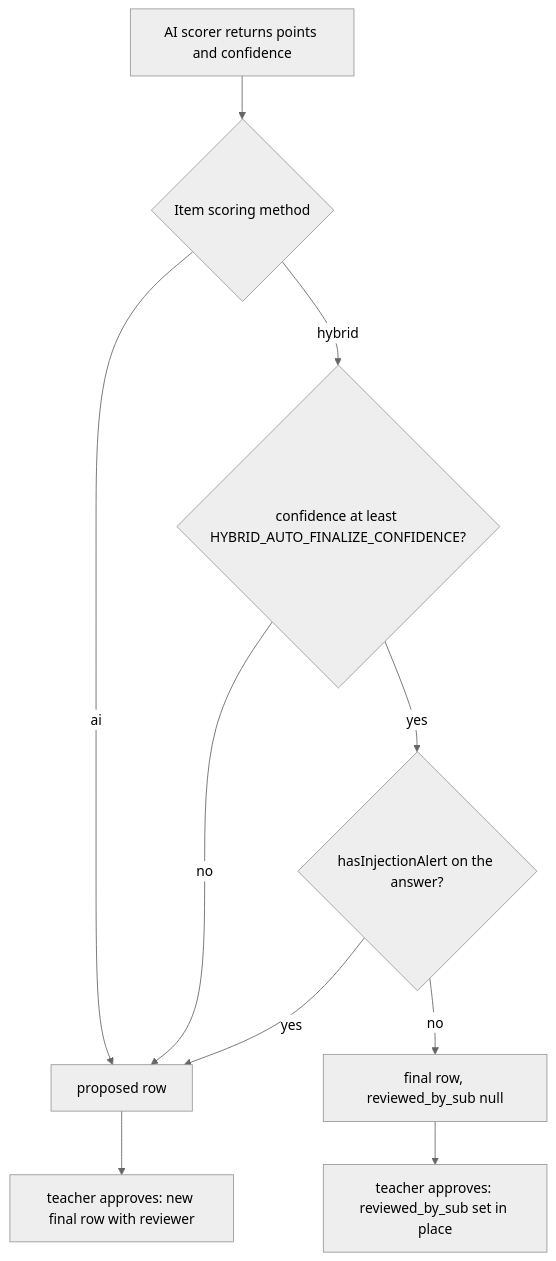
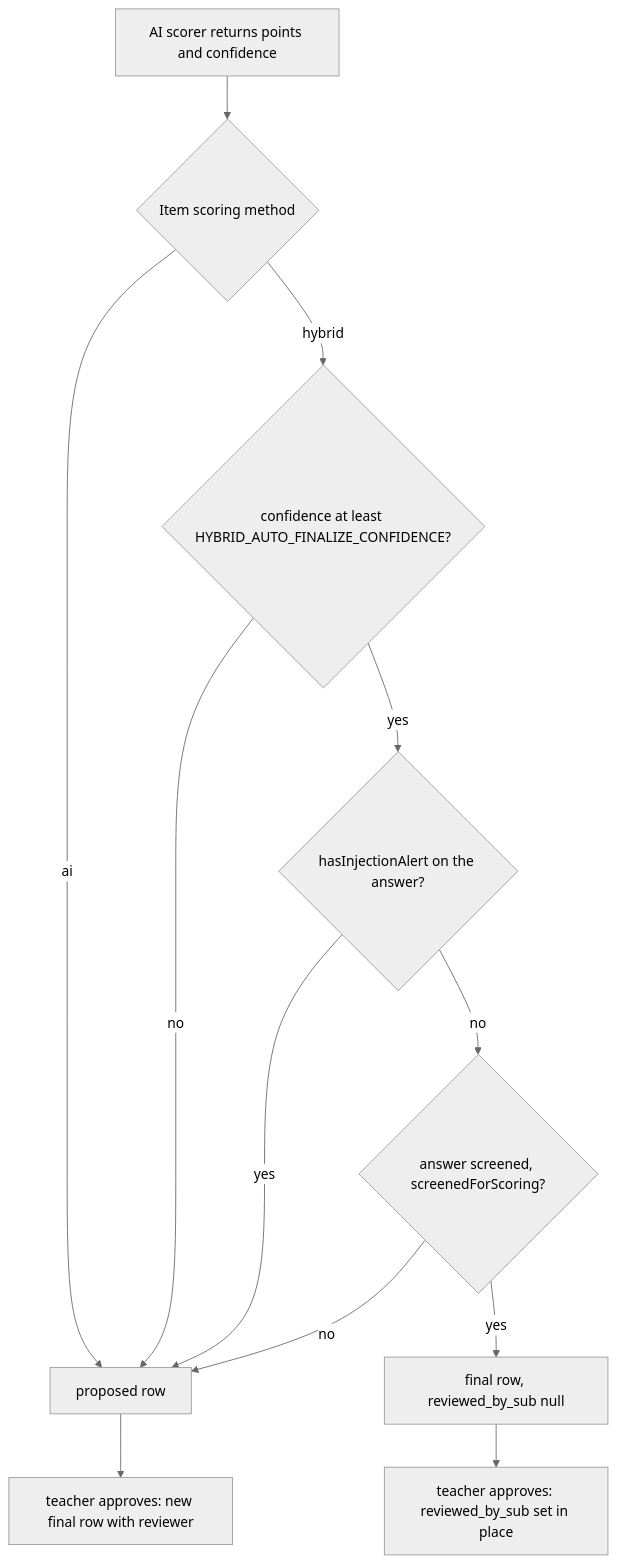
Before and after one commit to psd401/secure-test: the third of 3 diagrams in openwiki/design-tool/scoring-and-results.md, drawn with Mermaid (neutral theme). The commit also changed other lines of this file and 11 other files, not shown here.

````diff
--- a/openwiki/design-tool/scoring-and-results.md
+++ b/openwiki/design-tool/scoring-and-results.md
@@ -153,12 +153,14 @@
 ```mermaid
 flowchart TD
     A["AI scorer returns points and confidence"] --> B{"Item scoring method"}
     B -->|"ai"| P["proposed row"]
     B -->|"hybrid"| C{"confidence at least HYBRID_AUTO_FINALIZE_CONFIDENCE?"}
     C -->|"no"| P
     C -->|"yes"| D{"hasInjectionAlert on the answer?"}
     D -->|"yes"| P
-    D -->|"no"| F["final row, reviewed_by_sub null"]
+    D -->|"no"| S{"answer screened, screenedForScoring?"}
+    S -->|"no"| P
+    S -->|"yes"| F["final row, reviewed_by_sub null"]
     P --> I["teacher approves: new final row with reviewer"]
     F --> J["teacher approves: reviewed_by_sub set in place"]
 ```
````
